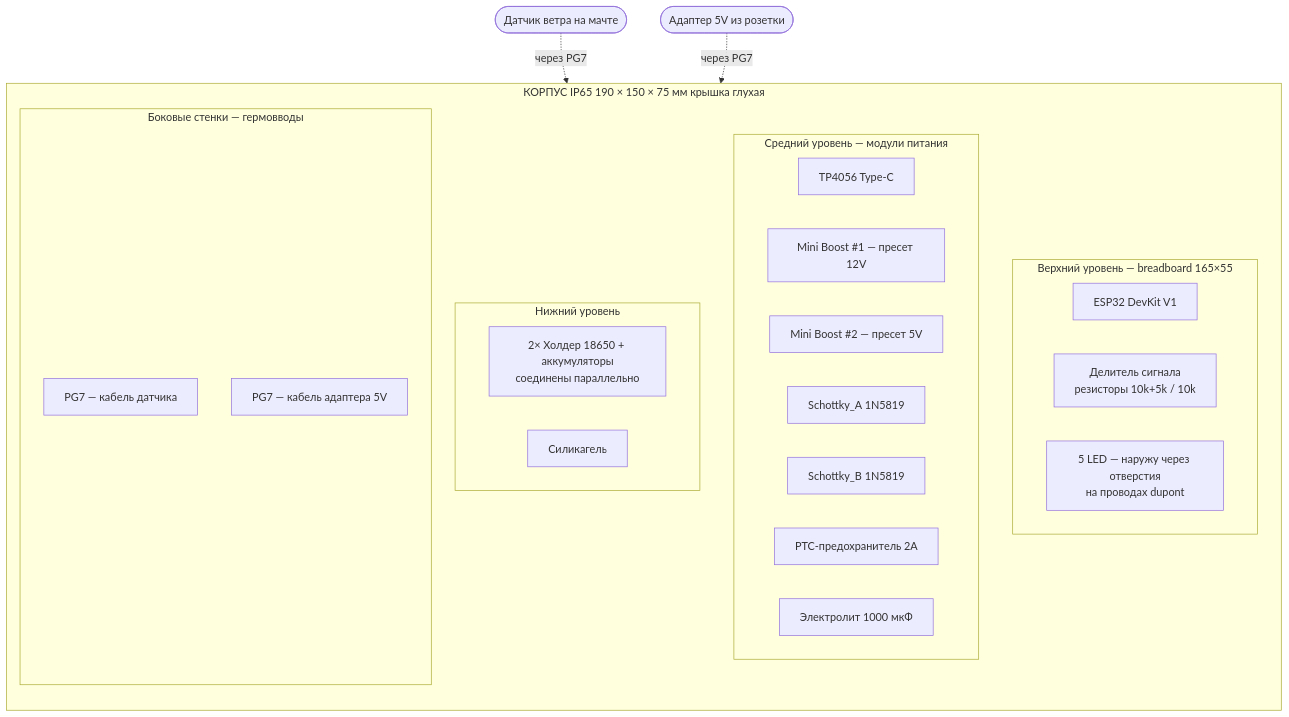
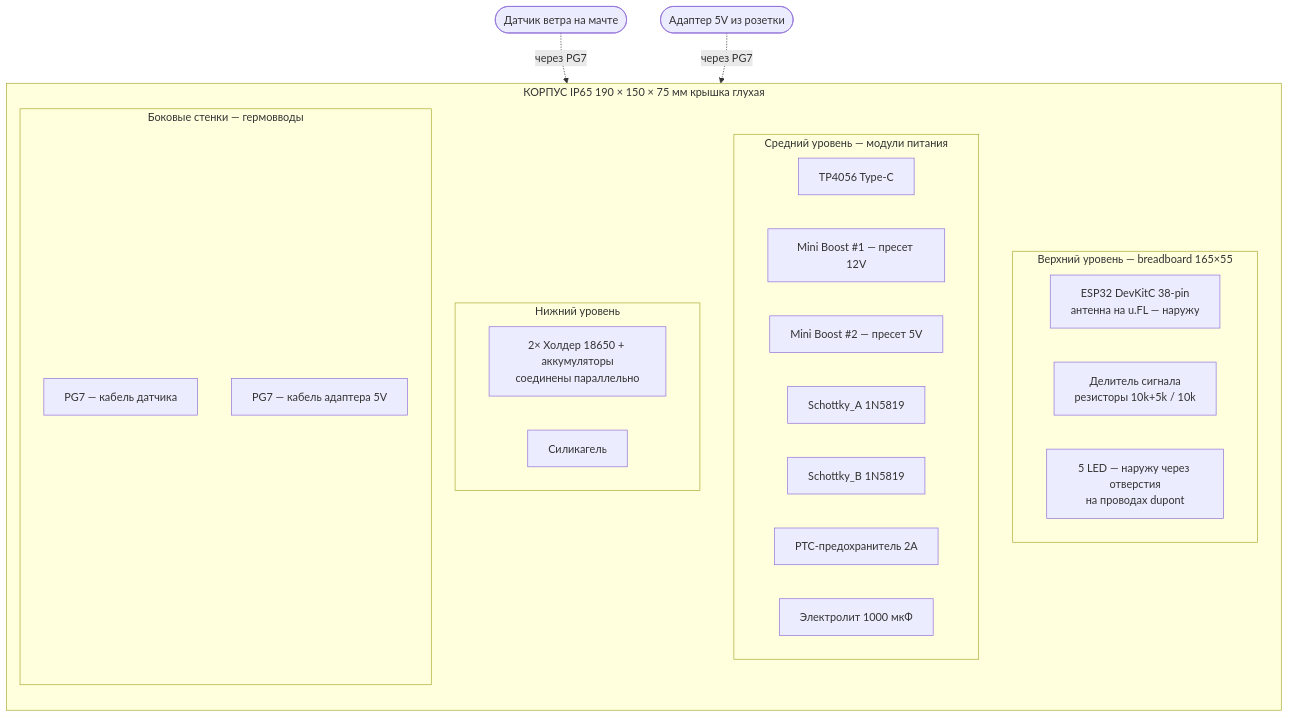
One commit to temafey/ArduinoWindStation changed the second of 2 diagrams in wind-station-assembly.md. Above: the diagram before and after it, drawn with Mermaid. The commit also changed other lines of this file and 31 other files, not shown here.

````diff
--- a/wind-station-assembly.md
+++ b/wind-station-assembly.md
@@ -221,32 +316,32 @@
 ```mermaid
 flowchart TB
     subgraph BOX["КОРПУС IP65  190 × 150 × 75 мм  крышка глухая"]
         direction TB
         subgraph TOP["Верхний уровень — breadboard 165×55"]
-            ESP32["ESP32 DevKit V1"]
+            ESP32["ESP32 DevKitC 38-pin<br/>антенна на u.FL — наружу"]
             DIV["Делитель сигнала<br/>резисторы 10k+5k / 10k"]
             LEDROW["5 LED — наружу через отверстия<br/>на проводах dupont"]
         end
         subgraph MID["Средний уровень — модули питания"]
             TP4056MOD["TP4056 Type-C"]
             MT3608MOD1["Mini Boost #1 — пресет 12V"]
             MT3608MOD2["Mini Boost #2 — пресет 5V"]
             SCHOTTKYA["Schottky_A 1N5819"]
             SCHOTTKYB["Schottky_B 1N5819"]
             PTCMOD["PTC-предохранитель 2A"]
             CAPMOD["Электролит 1000 мкФ"]
         end
         subgraph BOTTOM["Нижний уровень"]
             HOLDER["2× Холдер 18650 + аккумуляторы<br/>соединены параллельно"]
             SILICA["Силикагель"]
         end
         subgraph SIDES["Боковые стенки — гермовводы"]
             PG1["PG7 — кабель датчика"]
             PG2["PG7 — кабель адаптера 5V"]
         end
     end
     SENSOR_EXT([Датчик ветра на мачте])
     ADAPT_EXT([Адаптер 5V из розетки])
     SENSOR_EXT -.через PG7.-> PG1
     ADAPT_EXT -.через PG7.-> PG2
 ```
````
